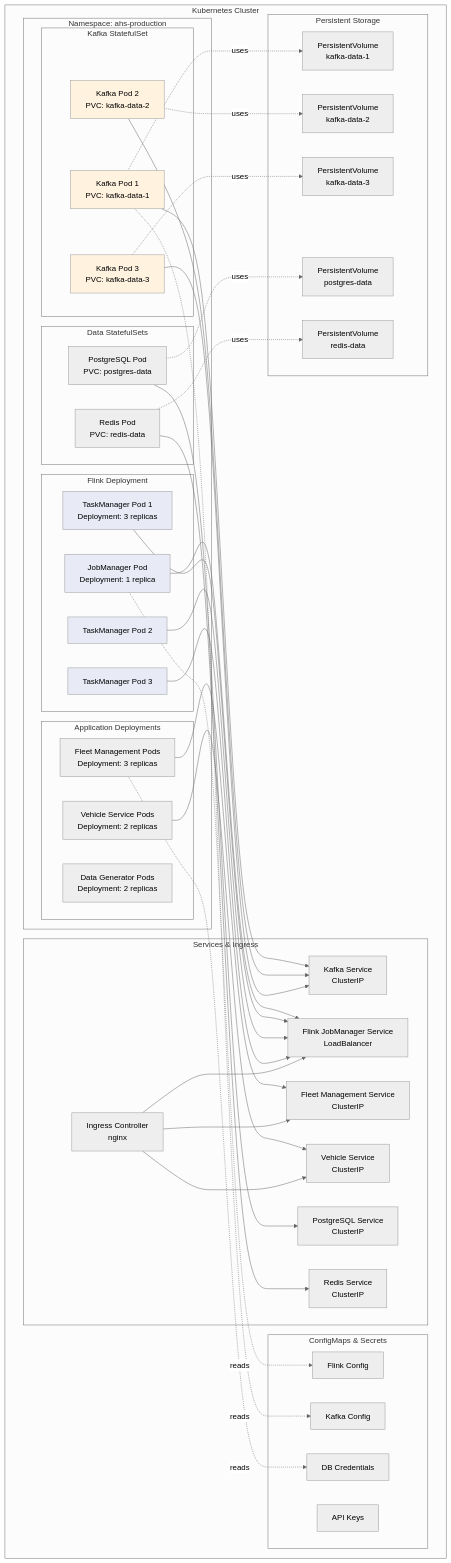
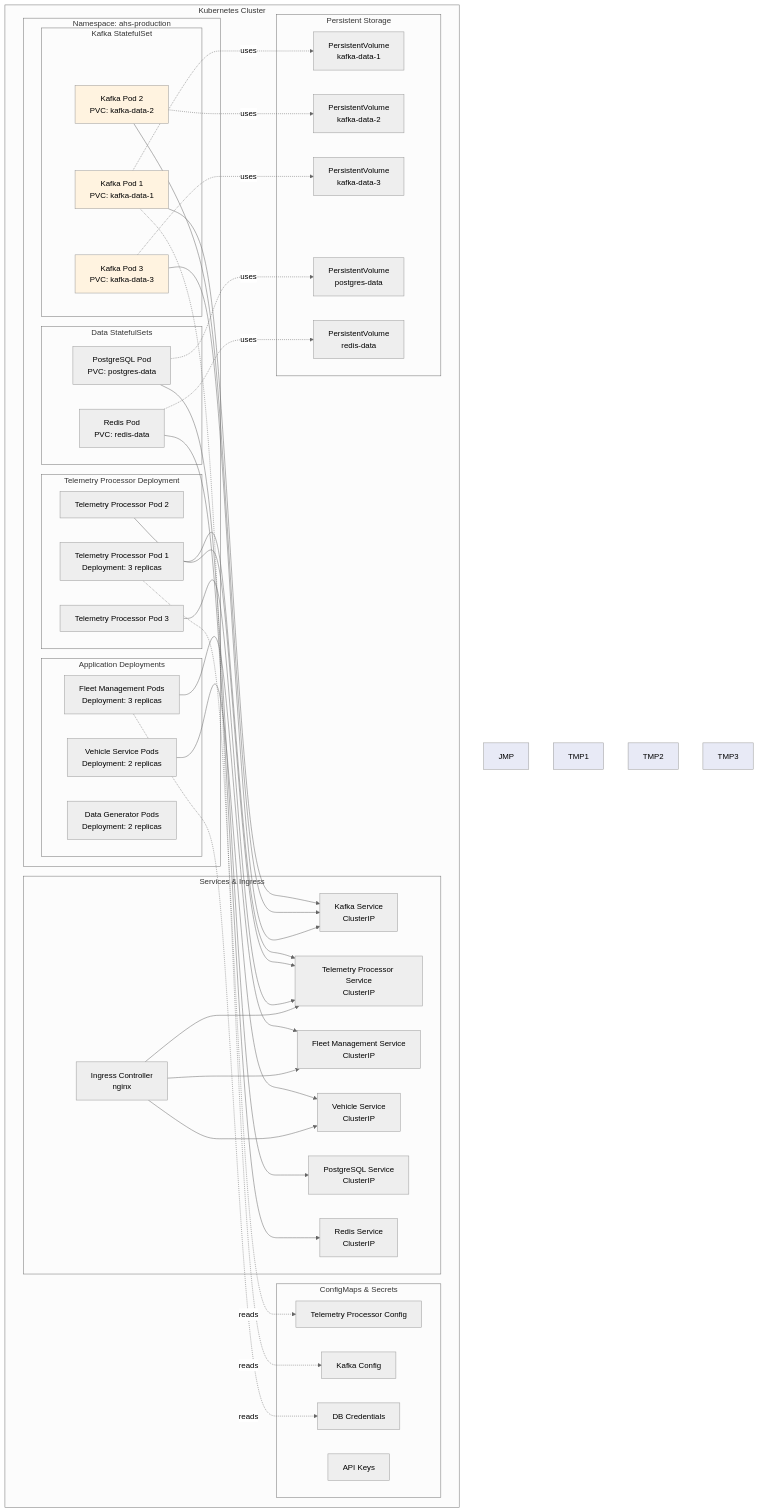
One commit to Shallako/ShuzAHS changed the tenth of 18 diagrams in DIAGRAMS.md. Above: the diagram before and after it, drawn with Mermaid (neutral theme). The commit also changed other lines of this file and 3 other files, not shown here.

Commit message:
Migrate stream processing from Flink to Hazelcast Jet (embedded), update associated documentation, diagrams, and pipeline references, and remove outdated Flink-specific configurations and scripts.

```diff
--- a/DIAGRAMS.md
+++ b/DIAGRAMS.md
@@ -628,11 +623,10 @@
                 KP3[Kafka Pod 3<br/>PVC: kafka-data-3]
             end
             
-            subgraph "Flink Deployment"
-                JMP[JobManager Pod<br/>Deployment: 1 replica]
-                TMP1[TaskManager Pod 1<br/>Deployment: 3 replicas]
-                TMP2[TaskManager Pod 2]
-                TMP3[TaskManager Pod 3]
+            subgraph "Telemetry Processor Deployment"
+                TPP1[Telemetry Processor Pod 1<br/>Deployment: 3 replicas]
+                TPP2[Telemetry Processor Pod 2]
+                TPP3[Telemetry Processor Pod 3]
             end
             
             subgraph "Application Deployments"
@@ -649,7 +643,7 @@
         
         subgraph "Services & Ingress"
             KS[Kafka Service<br/>ClusterIP]
-            FJS[Flink JobManager Service<br/>LoadBalancer]
+            TPS[Telemetry Processor Service<br/>ClusterIP]
             FMS[Fleet Management Service<br/>ClusterIP]
             VSS[Vehicle Service<br/>ClusterIP]
             PGS[PostgreSQL Service<br/>ClusterIP]
@@ -660,7 +654,7 @@
         
         subgraph "ConfigMaps & Secrets"
             CM1[Kafka Config]
-            CM2[Flink Config]
+            CM2[Telemetry Processor Config]
             SEC1[DB Credentials]
             SEC2[API Keys]
         end
@@ -678,10 +672,9 @@
     KP2 --> KS
     KP3 --> KS
     
-    JMP --> FJS
-    TMP1 --> FJS
-    TMP2 --> FJS
-    TMP3 --> FJS
+    TPP1 --> TPS
+    TPP2 --> TPS
+    TPP3 --> TPS
     
     FMP --> FMS
     VSP --> VSS
@@ -690,7 +683,7 @@
     
     ING --> FMS
     ING --> VSS
-    ING --> FJS
+    ING --> TPS
     
     KP1 -.->|uses| PV1
     KP2 -.->|uses| PV2
@@ -698,7 +691,7 @@
     PGP -.->|uses| PV4
     RDP -.->|uses| PV5
     
-    JMP -.->|reads| CM2
+    TPP1 -.->|reads| CM2
     KP1 -.->|reads| CM1
     FMP -.->|reads| SEC1
     
```
